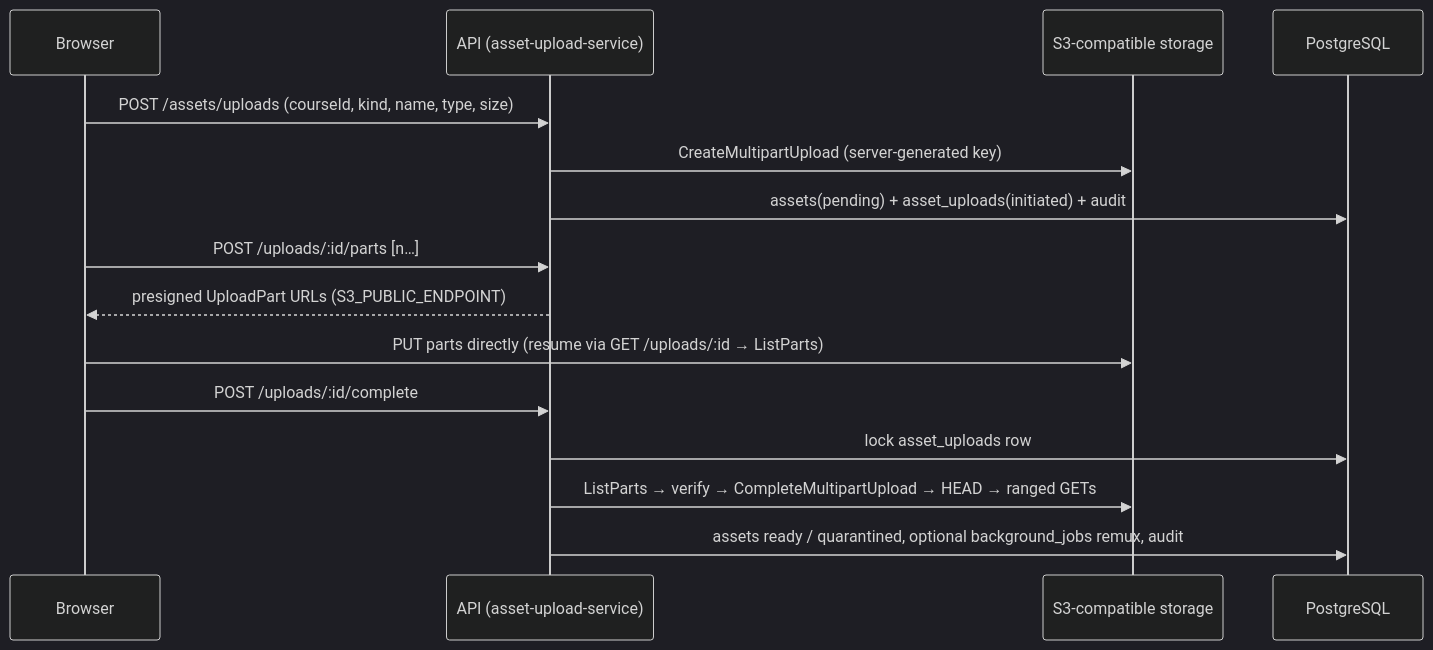
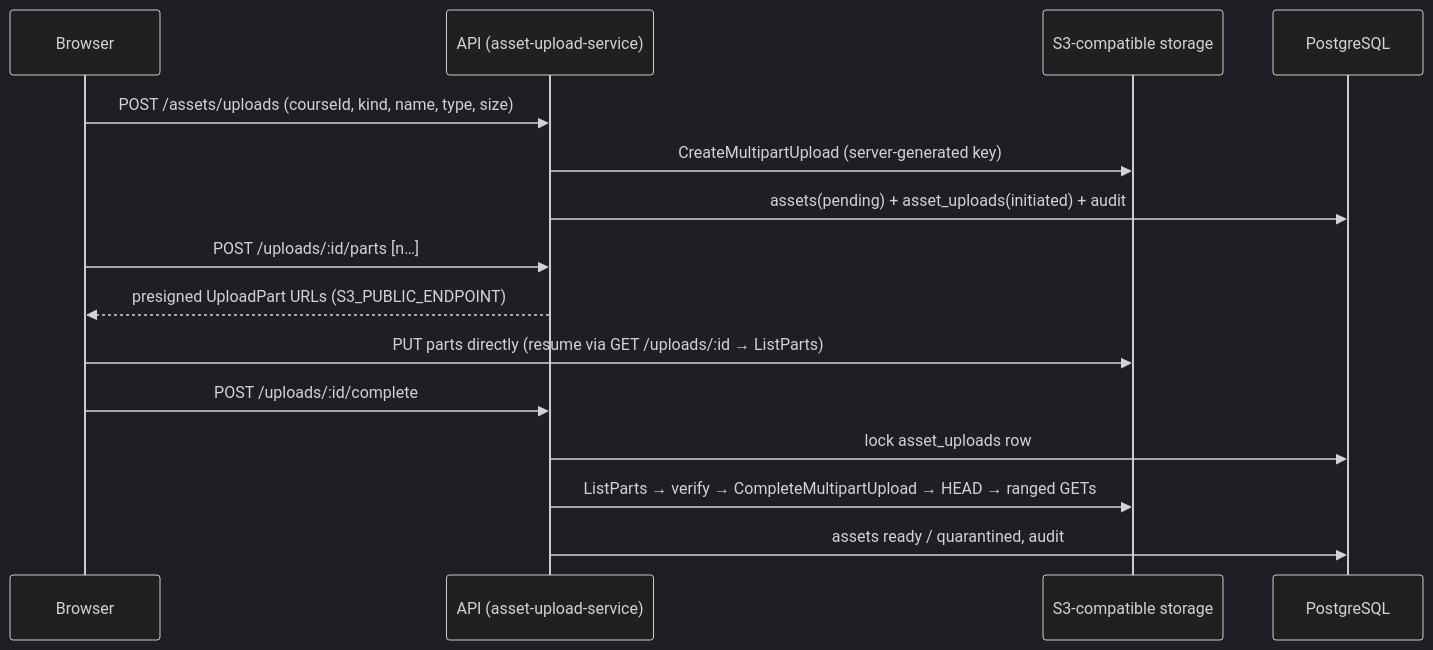
The fifth of 7 diagrams in docs/architecture.md (Shohrukh-Abduvakhidov/everest-backend), drawn with Mermaid (dark theme) before and after one commit. The commit also changed other lines of this file and 39 other files, not shown here.

````diff
--- a/docs/architecture.md
+++ b/docs/architecture.md
@@ -403,17 +403,17 @@
 ```mermaid
 sequenceDiagram
     participant B as Browser
     participant A as API (asset-upload-service)
     participant S as S3-compatible storage
     participant D as PostgreSQL
     B->>A: POST /assets/uploads (courseId, kind, name, type, size)
     A->>S: CreateMultipartUpload (server-generated key)
     A->>D: assets(pending) + asset_uploads(initiated) + audit
     B->>A: POST /uploads/:id/parts [n…]
     A-->>B: presigned UploadPart URLs (S3_PUBLIC_ENDPOINT)
     B->>S: PUT parts directly (resume via GET /uploads/:id → ListParts)
     B->>A: POST /uploads/:id/complete
     A->>D: lock asset_uploads row
     A->>S: ListParts → verify → CompleteMultipartUpload → HEAD → ranged GETs
-    A->>D: assets ready / quarantined, optional background_jobs remux, audit
+    A->>D: assets ready / quarantined, audit
 ```
````
